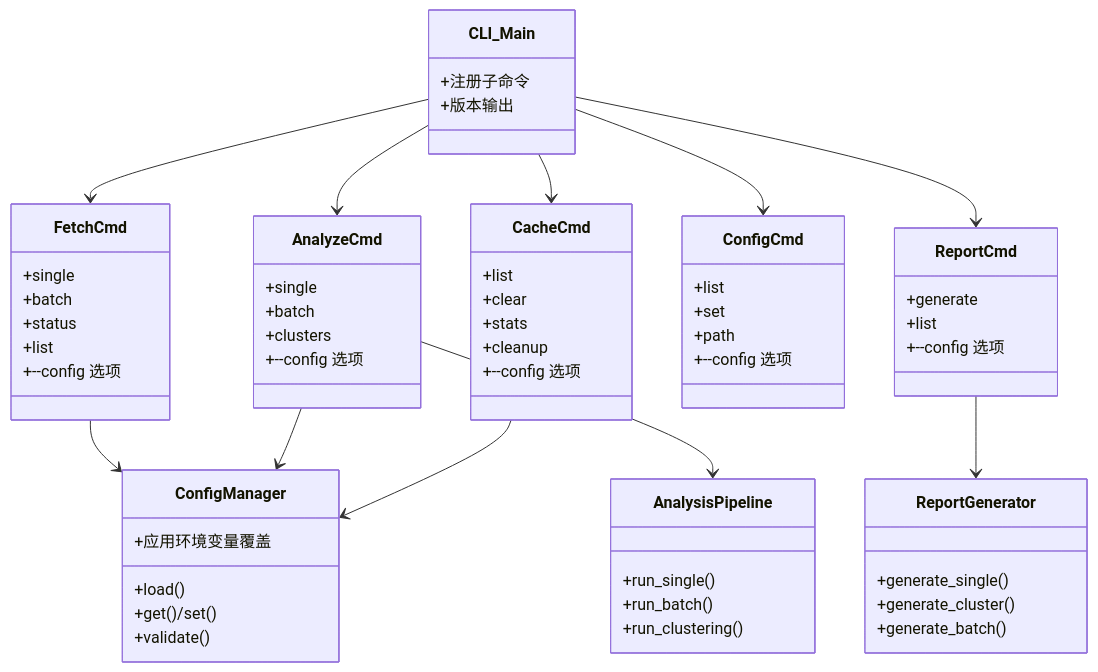
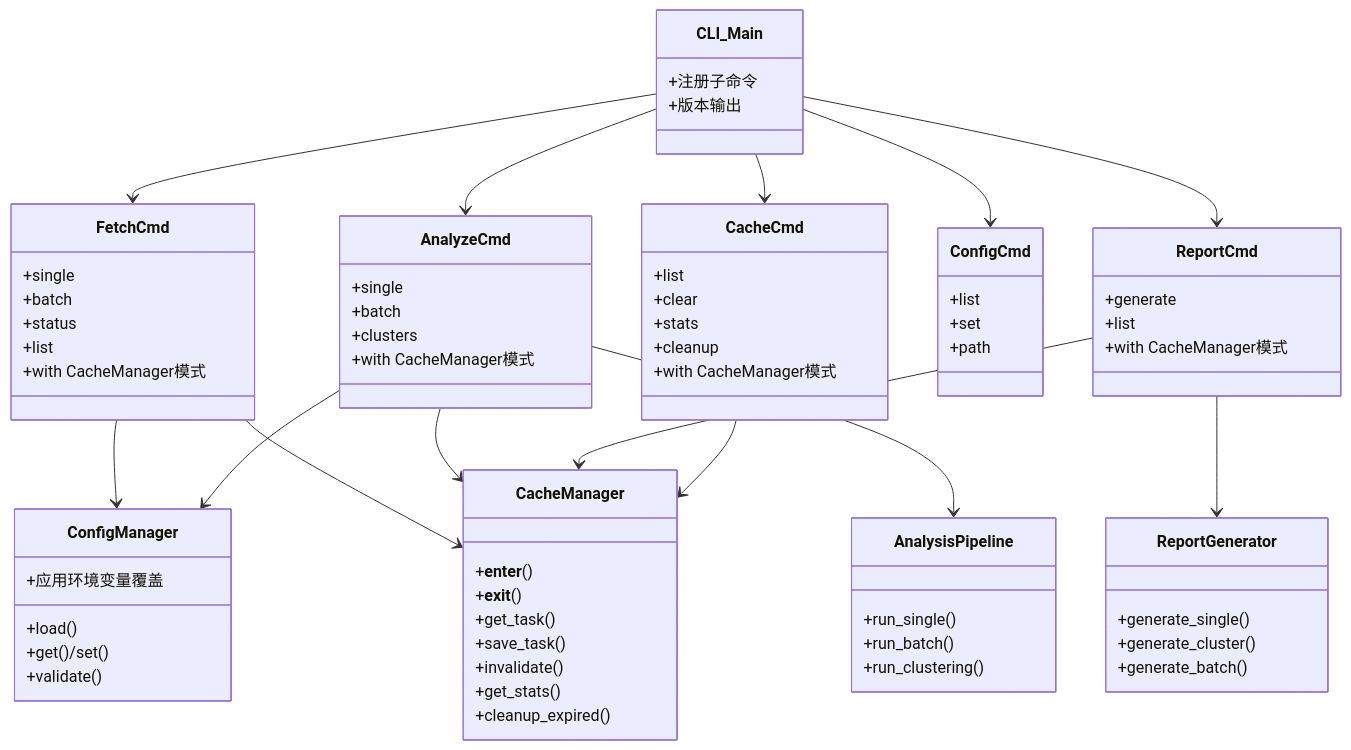
The third of 3 diagrams in .qoder/repowiki/zh/content/命令行工具/命令行工具.md (boyingliu01/fault-review-analyzer), drawn with Mermaid before and after one commit. The commit also changed other lines of this file and 123 other files, not shown here.

````diff
--- a/.qoder/repowiki/zh/content/命令行工具/命令行工具.md
+++ b/.qoder/repowiki/zh/content/命令行工具/命令行工具.md
@@ -268,64 +287,75 @@
 ```mermaid
 classDiagram
 class CLI_Main {
 +注册子命令
 +版本输出
 }
 class FetchCmd {
 +single
 +batch
 +status
 +list
-+--config 选项
++with CacheManager模式
 }
 class AnalyzeCmd {
 +single
 +batch
 +clusters
-+--config 选项
++with CacheManager模式
 }
 class ReportCmd {
 +generate
 +list
-+--config 选项
++with CacheManager模式
 }
 class ConfigCmd {
 +list
 +set
 +path
-+--config 选项
 }
 class CacheCmd {
 +list
 +clear
 +stats
 +cleanup
-+--config 选项
++with CacheManager模式
 }
 class ConfigManager {
 +load()
 +get()/set()
 +validate()
 +应用环境变量覆盖
+}
+class CacheManager {
++__enter__()
++__exit__()
++get_task()
++save_task()
++invalidate()
++get_stats()
++cleanup_expired()
 }
 class AnalysisPipeline {
 +run_single()
 +run_batch()
 +run_clustering()
 }
 class ReportGenerator {
 +generate_single()
 +generate_cluster()
 +generate_batch()
 }
 CLI_Main --> FetchCmd
 CLI_Main --> AnalyzeCmd
 CLI_Main --> ReportCmd
 CLI_Main --> ConfigCmd
 CLI_Main --> CacheCmd
 FetchCmd --> ConfigManager
+FetchCmd --> CacheManager
 AnalyzeCmd --> ConfigManager
+AnalyzeCmd --> CacheManager
 AnalyzeCmd --> AnalysisPipeline
 ReportCmd --> ReportGenerator
-CacheCmd --> ConfigManager
+ReportCmd --> CacheManager
+CacheCmd --> CacheManager
 ```
````
